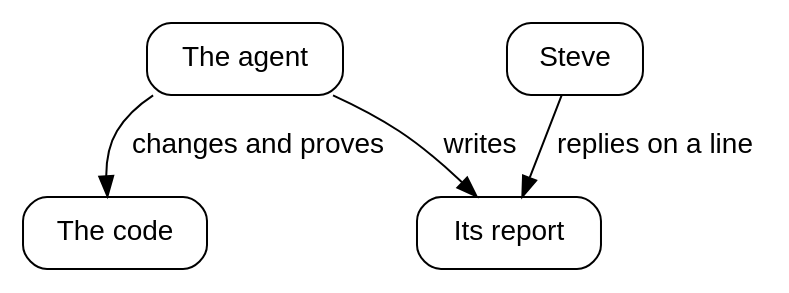
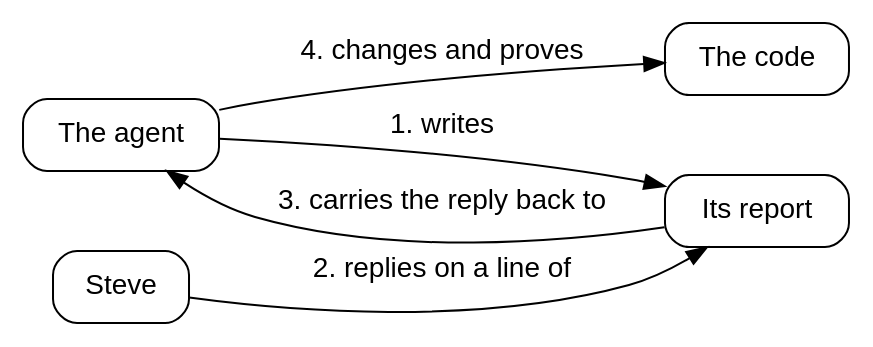
One commit to showell/shale changed the first of 4 diagrams in book/book.md. Above: the diagram before and after it, drawn with Graphviz. The commit also changed other lines of this file and 1 other file, not shown here.

Commit message:
One loop: the diagram closes the loop with numbered arrows, and the headings are its sentences in order

````diff
--- a/book/book.md
+++ b/book/book.md
@@ -120,14 +120,15 @@
 ```dot
 digraph turn {
-  rankdir=TB;
+  rankdir=LR;
   node [shape=box, style="rounded", fontname="Helvetica", margin="0.2,0.1"];
   edge [fontname="Helvetica"];
   agent [label="The agent"];
   report [label="Its report"];
   steve [label="Steve"];
   code [label="The code"];
-  agent -> report [label="writes"];
-  steve -> report [label="replies on a line"];
-  agent -> code [label="changes and proves"];
+  agent -> report [label="1. writes"];
+  steve -> report [label="2. replies on a line of"];
+  report -> agent [label="3. carries the reply back to"];
+  agent -> code [label="4. changes and proves"];
 }
 ```
````
